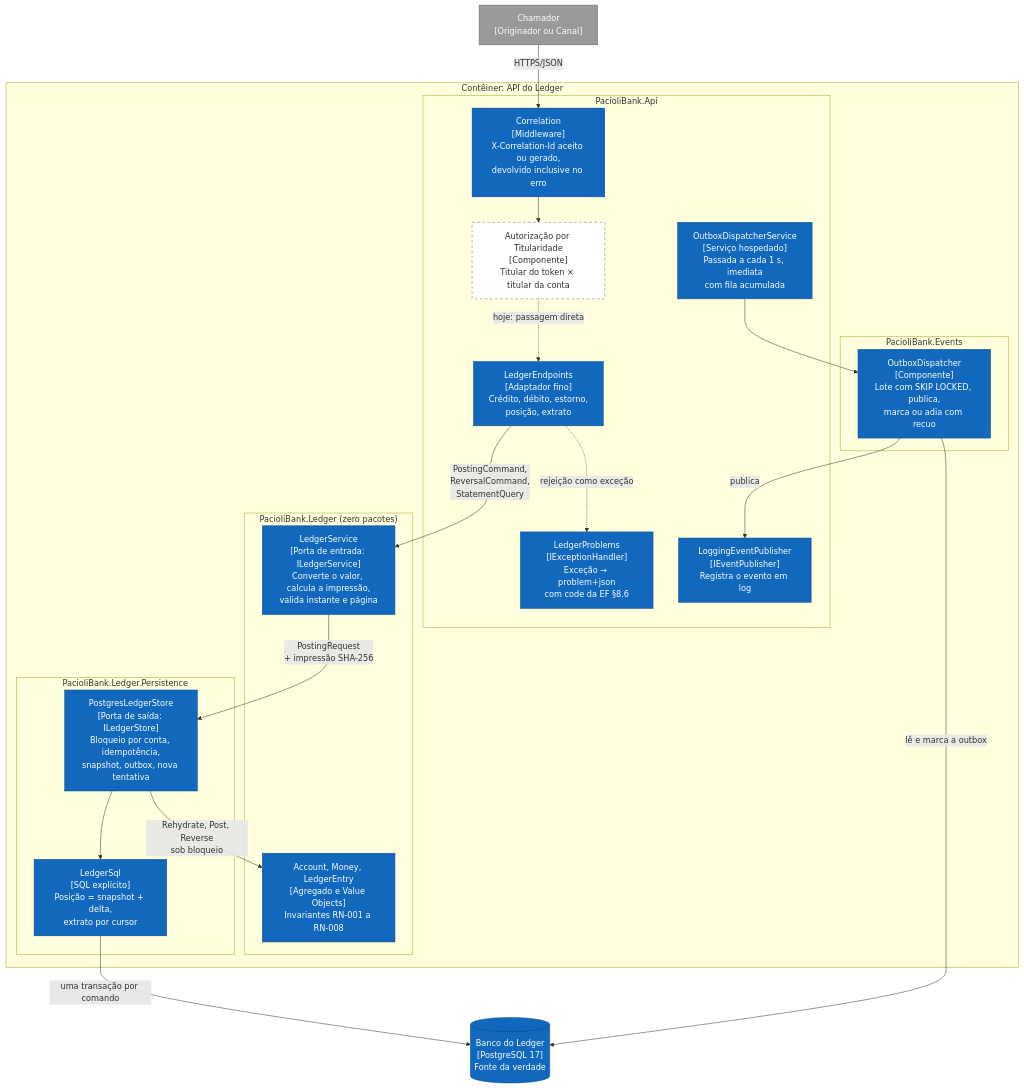
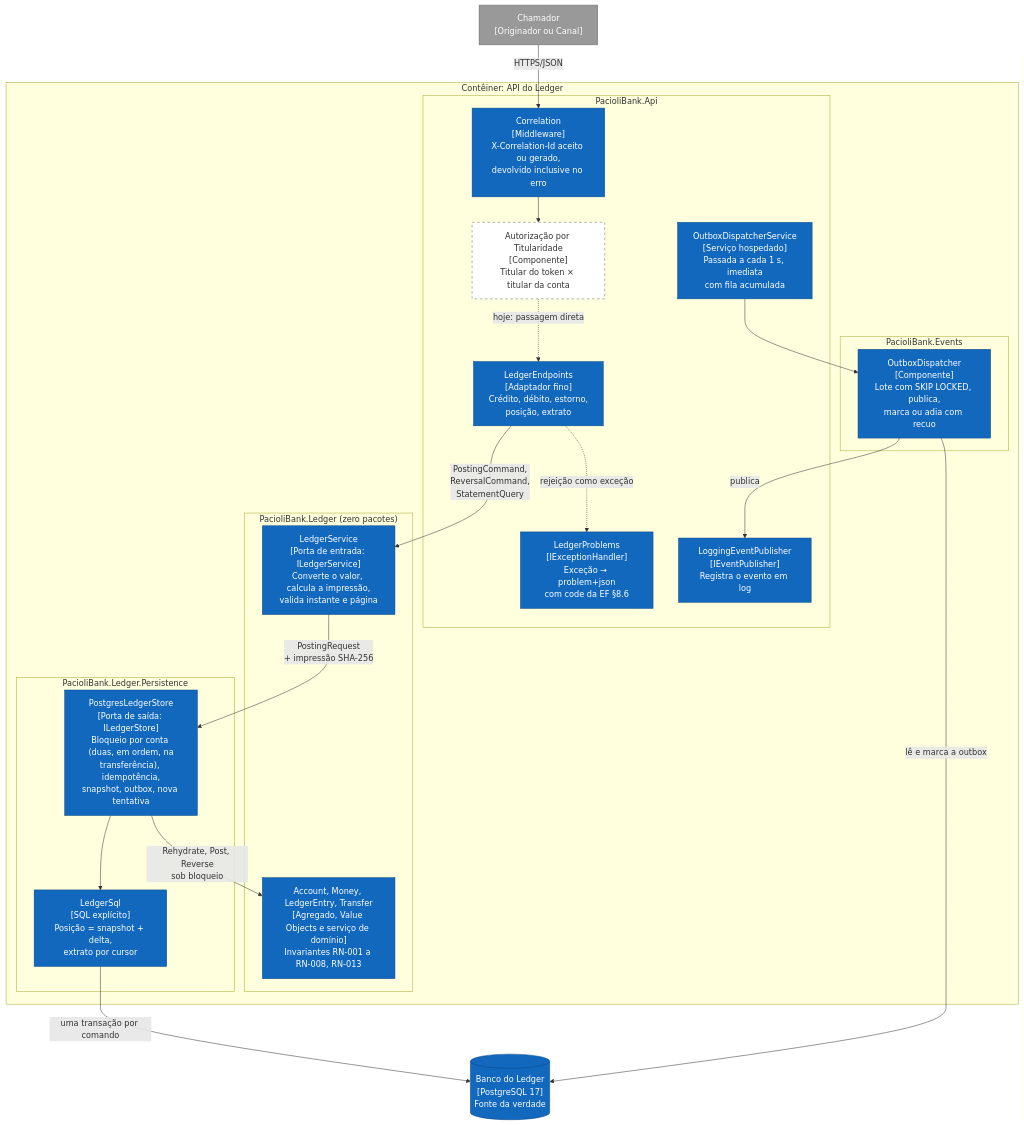
One commit to eduardojnet/PacioliBank changed the diagram in docs/diagrams/c3-componentes.md. Above: the diagram before and after it, drawn with Mermaid. The commit also changed other lines of this file and 15 other files, not shown here.

Commit message:
docs: ADR-0014 de transferencia entre contas; EF, ENF, BDD, ERD e estado (card 38)

````diff
--- a/docs/diagrams/c3-componentes.md
+++ b/docs/diagrams/c3-componentes.md
@@ -5,48 +5,48 @@
 ```mermaid
 flowchart TB
     cliente["Chamador<br/>[Originador ou Canal]"]:::externo
 
     subgraph api["Contêiner: API do Ledger"]
         subgraph http["PacioliBank.Api"]
             corr["Correlation<br/>[Middleware]<br/>X-Correlation-Id aceito ou gerado,<br/>devolvido inclusive no erro"]:::impl
             authz["Autorização por Titularidade<br/>[Componente]<br/>Titular do token × titular da conta"]:::espec
             endp["LedgerEndpoints<br/>[Adaptador fino]<br/>Crédito, débito, estorno,<br/>posição, extrato"]:::impl
             probs["LedgerProblems<br/>[IExceptionHandler]<br/>Exceção → problem+json<br/>com code da EF §8.6"]:::impl
             dispsvc["OutboxDispatcherService<br/>[Serviço hospedado]<br/>Passada a cada 1 s, imediata<br/>com fila acumulada"]:::impl
             logpub["LoggingEventPublisher<br/>[IEventPublisher]<br/>Registra o evento em log"]:::impl
         end
 
         subgraph app["PacioliBank.Ledger (zero pacotes)"]
             svc["LedgerService<br/>[Porta de entrada: ILedgerService]<br/>Converte o valor, calcula a impressão,<br/>valida instante e página"]:::impl
-            dom["Account, Money, LedgerEntry<br/>[Agregado e Value Objects]<br/>Invariantes RN-001 a RN-008"]:::impl
+            dom["Account, Money, LedgerEntry, Transfer<br/>[Agregado, Value Objects e serviço de domínio]<br/>Invariantes RN-001 a RN-008, RN-013"]:::impl
         end
 
         subgraph persist["PacioliBank.Ledger.Persistence"]
-            store["PostgresLedgerStore<br/>[Porta de saída: ILedgerStore]<br/>Bloqueio por conta, idempotência,<br/>snapshot, outbox, nova tentativa"]:::impl
+            store["PostgresLedgerStore<br/>[Porta de saída: ILedgerStore]<br/>Bloqueio por conta (duas, em ordem, na<br/>transferência), idempotência,<br/>snapshot, outbox, nova tentativa"]:::impl
             sql["LedgerSql<br/>[SQL explícito]<br/>Posição = snapshot + delta,<br/>extrato por cursor"]:::impl
         end
 
         subgraph events["PacioliBank.Events"]
             disp["OutboxDispatcher<br/>[Componente]<br/>Lote com SKIP LOCKED, publica,<br/>marca ou adia com recuo"]:::impl
         end
     end
 
     db[("Banco do Ledger<br/>[PostgreSQL 17]<br/>Fonte da verdade")]:::impl
 
     cliente -->|HTTPS/JSON| corr
     corr --> authz
     authz -.->|"hoje: passagem direta"| endp
     endp -->|"PostingCommand,<br/>ReversalCommand,<br/>StatementQuery"| svc
     endp -.->|"rejeição como exceção"| probs
     svc -->|"PostingRequest<br/>+ impressão SHA-256"| store
     store -->|"Rehydrate, Post, Reverse<br/>sob bloqueio"| dom
     store --> sql
     sql -->|"uma transação por comando"| db
     dispsvc --> disp
     disp -->|"lê e marca a outbox"| db
     disp -->|"publica"| logpub
 
     classDef externo fill:#999999,stroke:#6b6b6b,color:#fff
     classDef impl fill:#1168bd,stroke:#0b4884,color:#fff
     classDef espec fill:#ffffff,stroke:#6b6b6b,color:#333,stroke-dasharray:5 5
 ```
````
